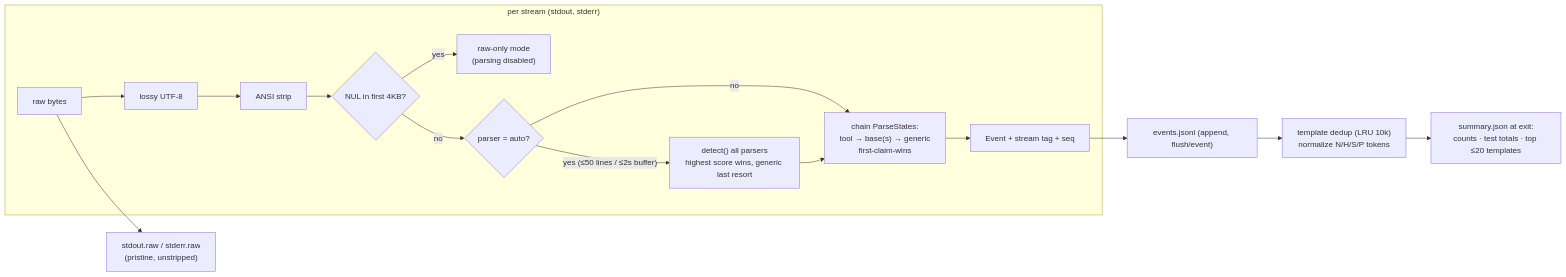
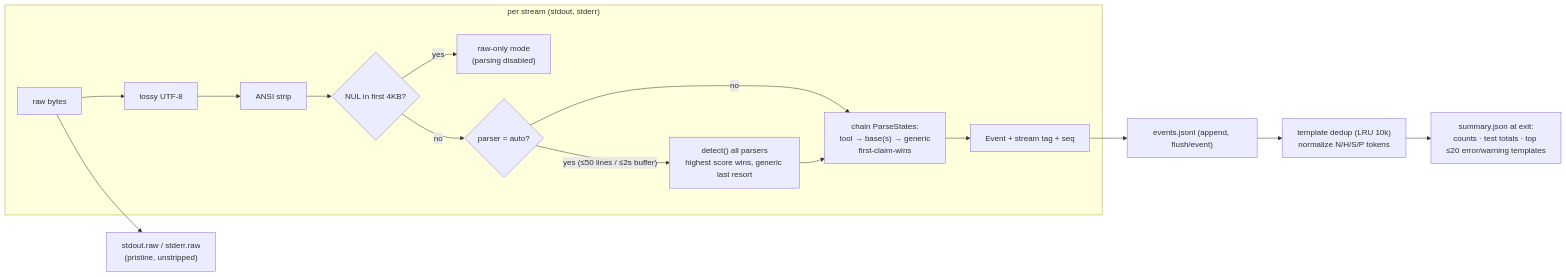
One commit to LichHunter/loglense changed the seventh of 9 diagrams in docs/architecture.md. Above: the diagram before and after it, drawn with Mermaid. The commit also changed other lines of this file and 30 other files, not shown here.

````diff
--- a/docs/architecture.md
+++ b/docs/architecture.md
@@ -277,18 +277,18 @@
 ```mermaid
 flowchart LR
     subgraph perstream["per stream (stdout, stderr)"]
         B["raw bytes"] --> L["lossy UTF-8"]
         L --> A["ANSI strip"]
         A --> BIN{"NUL in first 4KB?"}
         BIN -->|yes| RAW["raw-only mode<br/>(parsing disabled)"]
         BIN -->|no| DET{"parser = auto?"}
         DET -->|"yes (≤50 lines / ≤2s buffer)"| SCORE["detect() all parsers<br/>highest score wins, generic last resort"]
         DET -->|no| CHAIN
         SCORE --> CHAIN["chain ParseStates:<br/>tool → base(s) → generic<br/>first-claim-wins"]
         CHAIN --> EV["Event + stream tag + seq"]
     end
     B --> SPOOL["stdout.raw / stderr.raw<br/>(pristine, unstripped)"]
     EV --> EVENTS["events.jsonl (append, flush/event)"]
     EVENTS --> DEDUP["template dedup (LRU 10k)<br/>normalize N/H/S/P tokens"]
-    DEDUP --> SUM["summary.json at exit:<br/>counts · test totals · top ≤20 templates"]
+    DEDUP --> SUM["summary.json at exit:<br/>counts · test totals · top ≤20 error/warning templates"]
 ```
````
